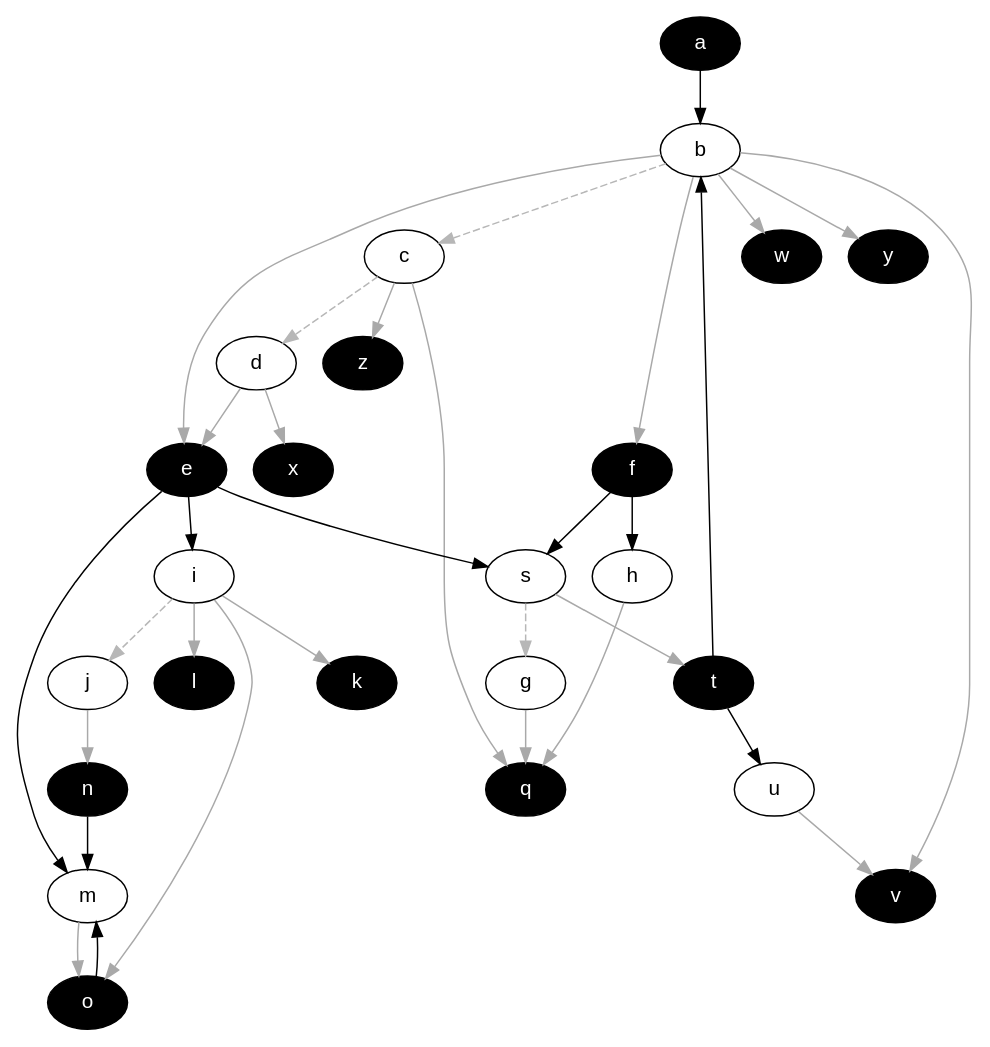
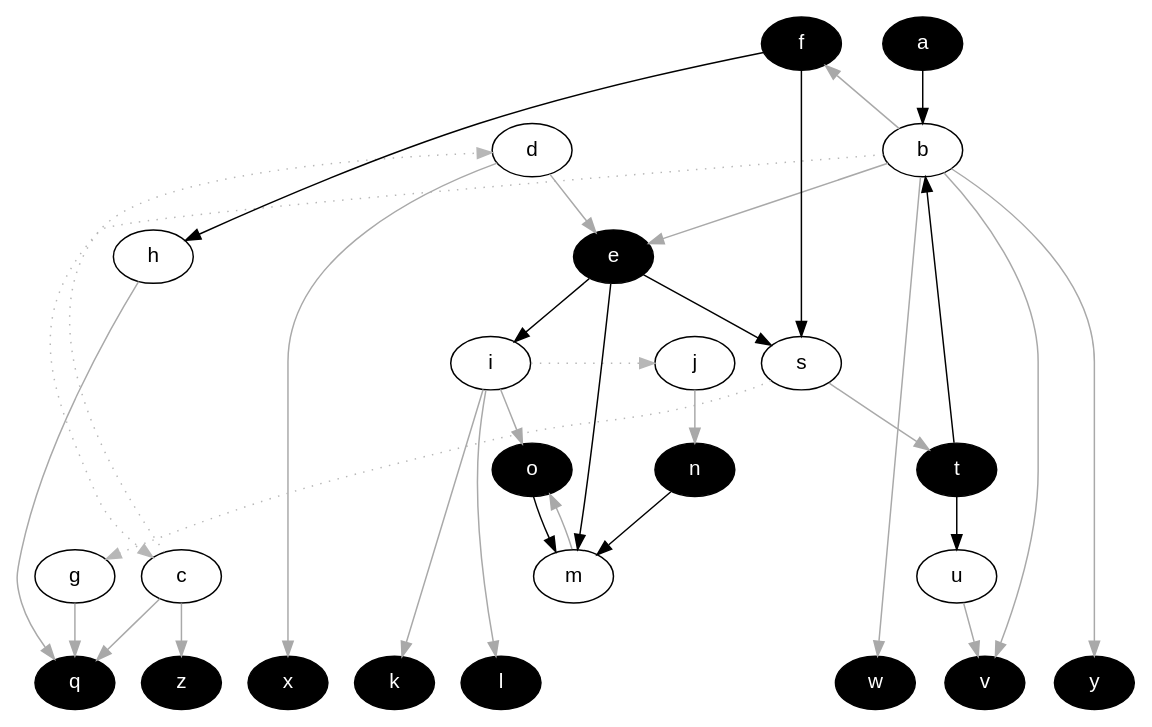
Before and after one commit to idaks/Games-and-Argumentation: the diagram in IDCC-2024/graphs/kernel_pw2_graph_colored.dot, drawn with Graphviz. The commit also changed 18 other files, not shown here.

```diff
--- a/IDCC-2024/graphs/kernel_pw2_graph_colored.dot
+++ b/IDCC-2024/graphs/kernel_pw2_graph_colored.dot
@@ -1,40 +1,44 @@
 digraph G {
+  rankdir="TB"
   node [shape=oval style=filled fontname=Helvetica fontsize=14]
-  node [fillcolor="#ffffff" fontcolor="#000000"] b c d s g h i j m u;
-  node [fillcolor="#000000" fontcolor="#ffffff"] a t e f k l o n q v w x y z;
-  edge [dir=forward, color="#000000", style="solid"]
-        "a" -> "b";
-        "t" -> "b";
-        "f" -> "h";
-        "e" -> "i";
-        "e" -> "m";
-        "o" -> "m";
-        "n" -> "m";
-        "e" -> "s";
-        "f" -> "s";
-        "t" -> "u";
-  edge [dir=forward, color="#b7b7b7", style="dashed"]
-        "b" -> "c";
-        "c" -> "d";
-        "s" -> "g";
-        "i" -> "j";
-  edge [dir=forward, color="#A9A9A9", style="solid"]
-        "b" -> "e";
-        "d" -> "e";
-        "b" -> "f";
-        "i" -> "k";
-        "i" -> "l";
-        "j" -> "n";
-        "i" -> "o";
-        "m" -> "o";
-        "g" -> "q";
-        "h" -> "q";
-        "c" -> "q";
-        "s" -> "t";
-        "b" -> "v";
-        "u" -> "v";
-        "b" -> "w";
-        "d" -> "x";
-        "b" -> "y";
-        "c" -> "z";
+  node [fillcolor="#ffffff" fontcolor="#000000"] b c d s g h i j m u
+  node [fillcolor="#000000" fontcolor="#ffffff"] a t e f k l o n q v w x y z
+  edge [dir=forward color="#000000" style="solid"]
+        "a" -> "b" 
+        "t" -> "b" 
+        "f" -> "h" 
+        "e" -> "i" 
+        "e" -> "m" 
+        "o" -> "m" 
+        "n" -> "m" 
+        "e" -> "s" 
+        "f" -> "s" 
+        "t" -> "u" 
+  edge [dir=forward color="#A9A9A9" style="solid"]
+        "b" -> "e" 
+        "d" -> "e" 
+        "b" -> "f" 
+        "i" -> "k" 
+        "i" -> "l" 
+        "j" -> "n" 
+        "i" -> "o" 
+        "m" -> "o" 
+        "g" -> "q" 
+        "h" -> "q" 
+        "c" -> "q" 
+        "s" -> "t" 
+        "b" -> "v" 
+        "u" -> "v" 
+        "b" -> "w" 
+        "d" -> "x" 
+        "b" -> "y" 
+        "c" -> "z" 
+  edge [dir=forward color="#b7b7b7" style="dotted" constraint=false]
+        "b" -> "c" 
+        "c" -> "d" 
+        "s" -> "g" 
+        "i" -> "j" 
+
+  {rank = max k l q v w x y z}
+  {rank = min f}
 }
```
